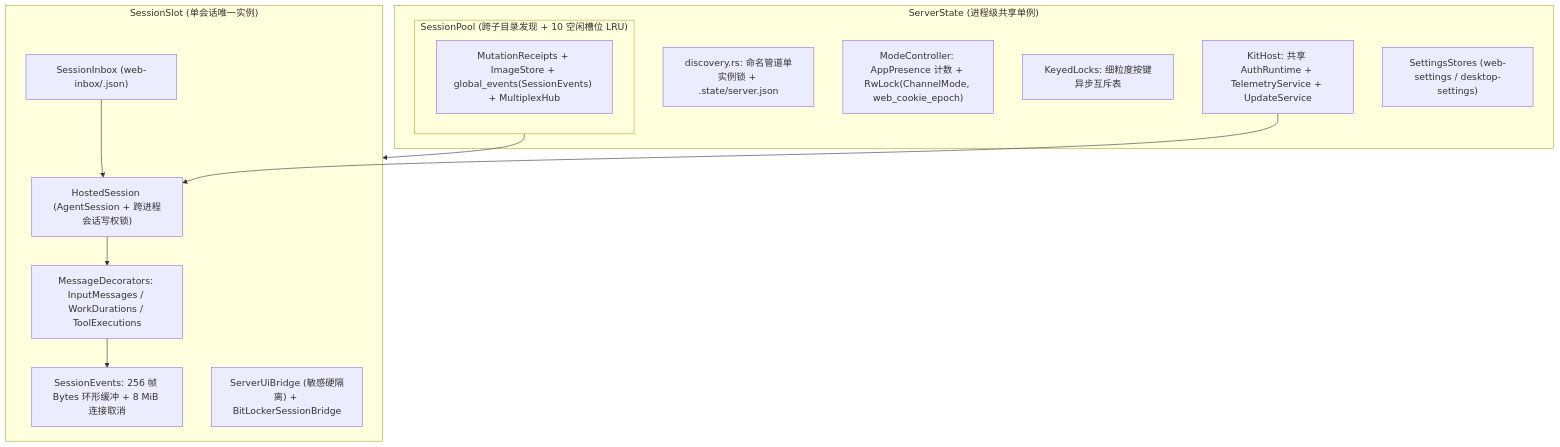
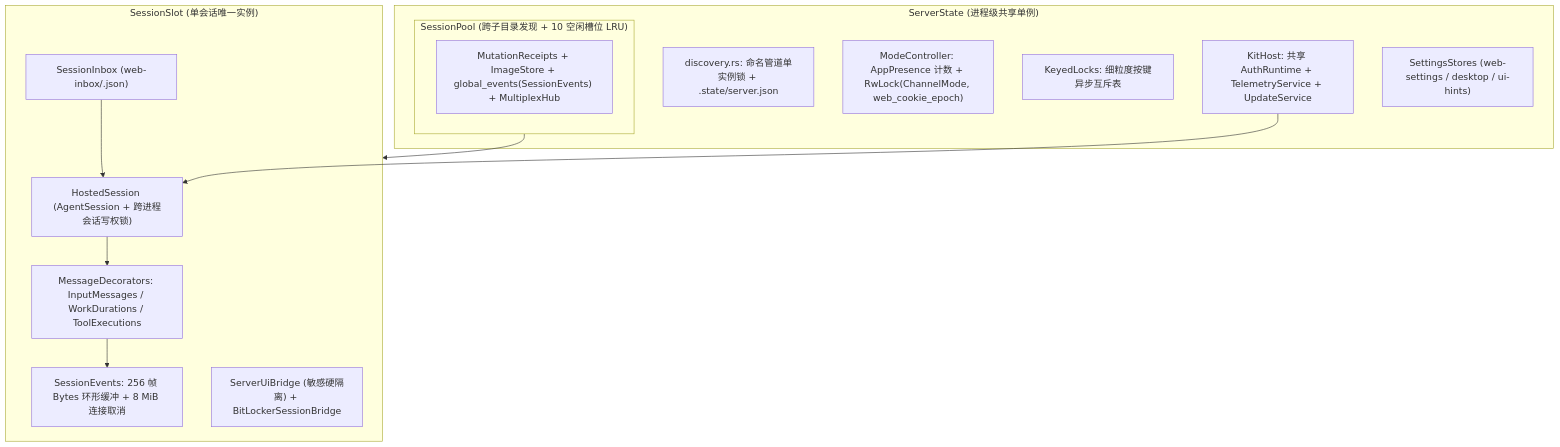
One commit to SCAU-Computer-Serving-Team/cst-pilot changed the diagram in doc/server/ARCHITECTURE.md. Above: the diagram before and after it, drawn with Mermaid. The commit also changed 47 other files, not shown here.

````diff
--- a/doc/server/ARCHITECTURE.md
+++ b/doc/server/ARCHITECTURE.md
@@ -9,25 +9,25 @@
 ```mermaid
 flowchart TD
     subgraph ServerState["ServerState (进程级共享单例)"]
         Discovery["discovery.rs: 命名管道单实例锁 + .state/server.json"]
         Mode["ModeController: AppPresence 计数 + RwLock(ChannelMode, web_cookie_epoch)"]
         Locks["KeyedLocks: 细粒度按键异步互斥表"]
         Host["KitHost: 共享 AuthRuntime + TelemetryService + UpdateService"]
-        Settings["SettingsStores (web-settings / desktop-settings)"]
+        Settings["SettingsStores (web-settings / desktop / ui-hints)"]
         subgraph Pool["SessionPool (跨子目录发现 + 10 空闲槽位 LRU)"]
             Shared["MutationReceipts + ImageStore + global_events(SessionEvents) + MultiplexHub"]
         end
     end
 
     subgraph Slot["SessionSlot (单会话唯一实例)"]
         Session["HostedSession (AgentSession + 跨进程会话写权锁)"]
         Decorators["MessageDecorators: InputMessages / WorkDurations / ToolExecutions"]
         Inbox["SessionInbox (web-inbox/<id>.json)"]
         Ring["SessionEvents: 256 帧 Bytes 环形缓冲 + 8 MiB 连接取消"]
         Bridges["ServerUiBridge (敏感硬隔离) + BitLockerSessionBridge"]
     end
 
     Pool --> Slot
     Host --> Session
     Inbox --> Session --> Decorators --> Ring
 ```
````
